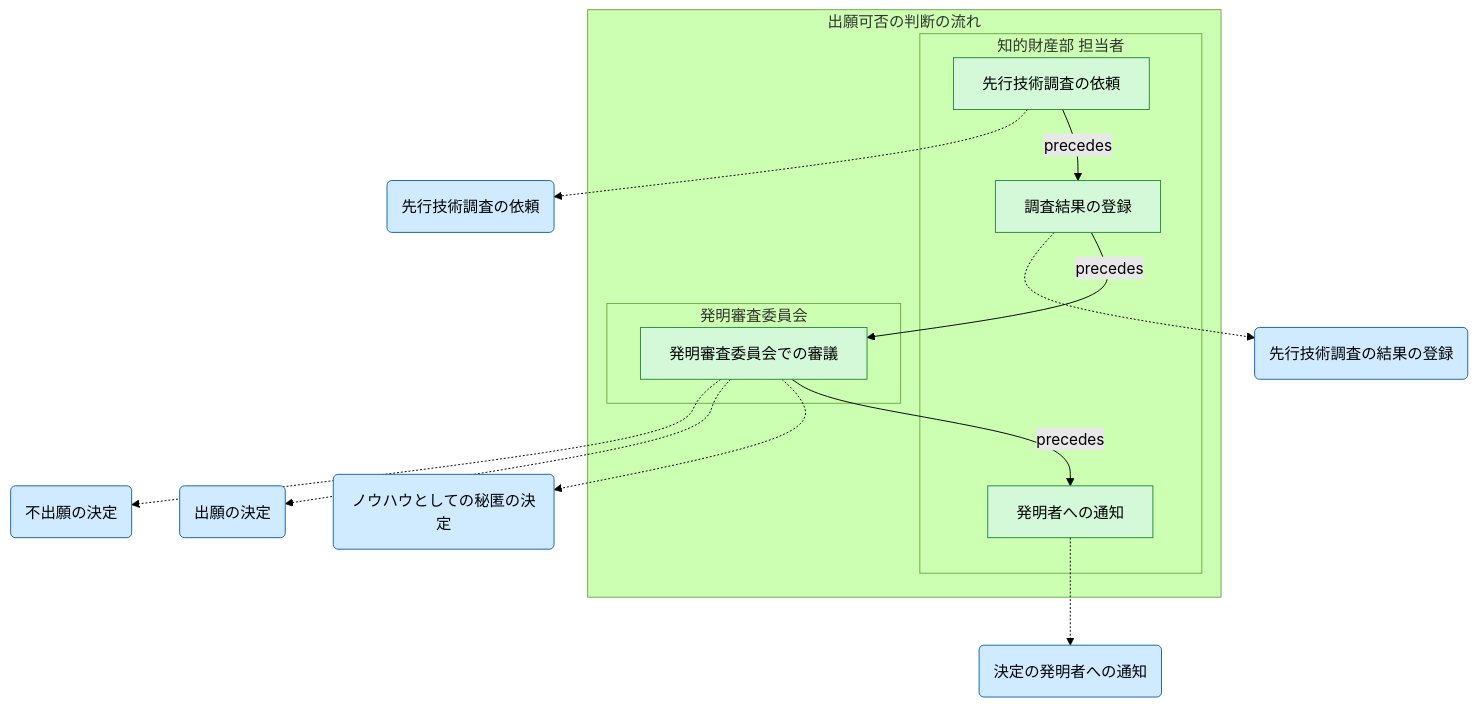
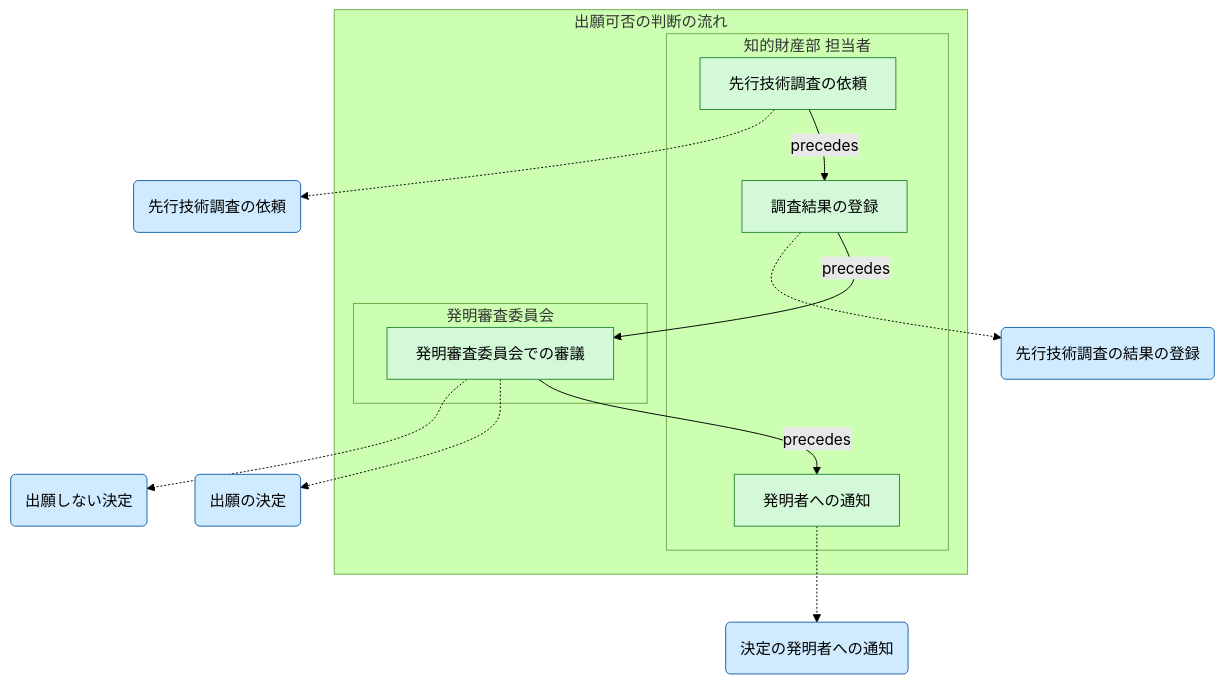
Before and after one commit to manji-0/rdra-ish-dsl: the diagram in samples/patent-ops/out/buc/flow_filing_decision.mmd, drawn with Mermaid (forest theme). The commit also changed 17 other files, not shown here.

```diff
--- a/samples/patent-ops/out/buc/flow_filing_decision.mmd
+++ b/samples/patent-ops/out/buc/flow_filing_decision.mmd
@@ -1,41 +1,38 @@
 %% rdra-ish diagram=flow scope=buc:BucFilingDecision model=samples/patent-ops
 %% kinds: flow step lane usecase
 %% omitted: buc
 flowchart TD
   subgraph flow__FilingDecisionFlow["出願可否の判断の流れ"]
     subgraph lane__FilingDecisionFlow__IpStaff["知的財産部 担当者"]
       %% lane lane__FilingDecisionFlow__IpStaff: actor__IpStaff
       step__DecisionNoticeStep["発明者への通知"]:::step
       step__SearchRequestStep["先行技術調査の依頼"]:::step
       step__SearchResultStep["調査結果の登録"]:::step
     end
     subgraph lane__FilingDecisionFlow__ReviewCommittee["発明審査委員会"]
       %% lane lane__FilingDecisionFlow__ReviewCommittee: actor__ReviewCommittee
       step__CommitteeStep["発明審査委員会での審議"]:::step
     end
   end
-  usecase__DecideNotToFile("不出願の決定"):::usecase
-  %% desc usecase__DecideNotToFile: 発明審査委員会が、出願しないと決める。
+  usecase__DecideNotToFile("出願しない決定"):::usecase
+  %% desc usecase__DecideNotToFile: 発明審査委員会が、出願しないと決め、ノウハウとして秘匿するか、秘匿もせず出願しないかを選ぶ。
   usecase__DecideToFile("出願の決定"):::usecase
   %% desc usecase__DecideToFile: 発明審査委員会が、会社が権利を持つ発明を出願すると決める。
-  usecase__DecideToKeepSecret("ノウハウとしての秘匿の決定"):::usecase
-  %% desc usecase__DecideToKeepSecret: 発明審査委員会が、出願せずノウハウとして秘匿すると決める。
   usecase__NotifyInventorOfDecision("決定の発明者への通知"):::usecase
   %% desc usecase__NotifyInventorOfDecision: 決定を発明者に知らせる（参照のみ）。
   usecase__RecordPriorArtSearch("先行技術調査の結果の登録"):::usecase
   %% desc usecase__RecordPriorArtSearch: 調査の結果を届出に記録し、調査済にする。
   usecase__RequestPriorArtSearch("先行技術調査の依頼"):::usecase
   %% desc usecase__RequestPriorArtSearch: 受け付けた発明の先行技術調査を依頼し、届出を調査中にする。
   step__CommitteeStep -.-> usecase__DecideNotToFile
   step__CommitteeStep -.-> usecase__DecideToFile
-  step__CommitteeStep -.-> usecase__DecideToKeepSecret
   step__CommitteeStep -->|precedes| step__DecisionNoticeStep
   step__DecisionNoticeStep -.-> usecase__NotifyInventorOfDecision
   step__SearchRequestStep -.-> usecase__RequestPriorArtSearch
   step__SearchRequestStep -->|precedes| step__SearchResultStep
   step__SearchResultStep -.-> usecase__RecordPriorArtSearch
   step__SearchResultStep -->|precedes| step__CommitteeStep
   classDef flow fill:#d3f9d8,stroke:#2b8a3e,color:#000;
   classDef step fill:#d3f9d8,stroke:#2b8a3e,color:#000;
   classDef lane fill:#d3f9d8,stroke:#2b8a3e,color:#000;
   classDef usecase fill:#d0ebff,stroke:#1864ab,color:#000;
```
